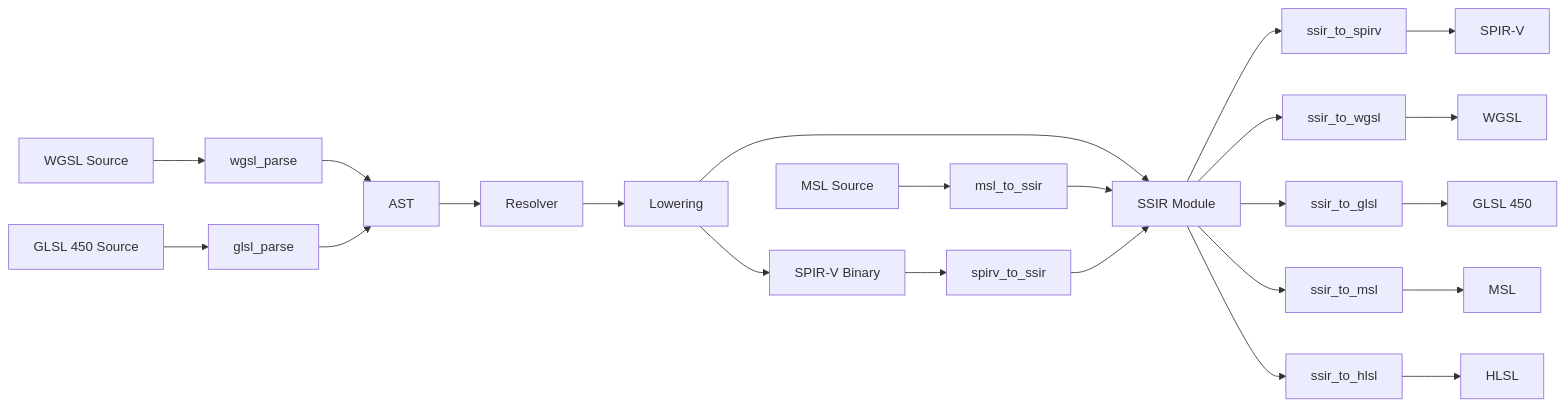
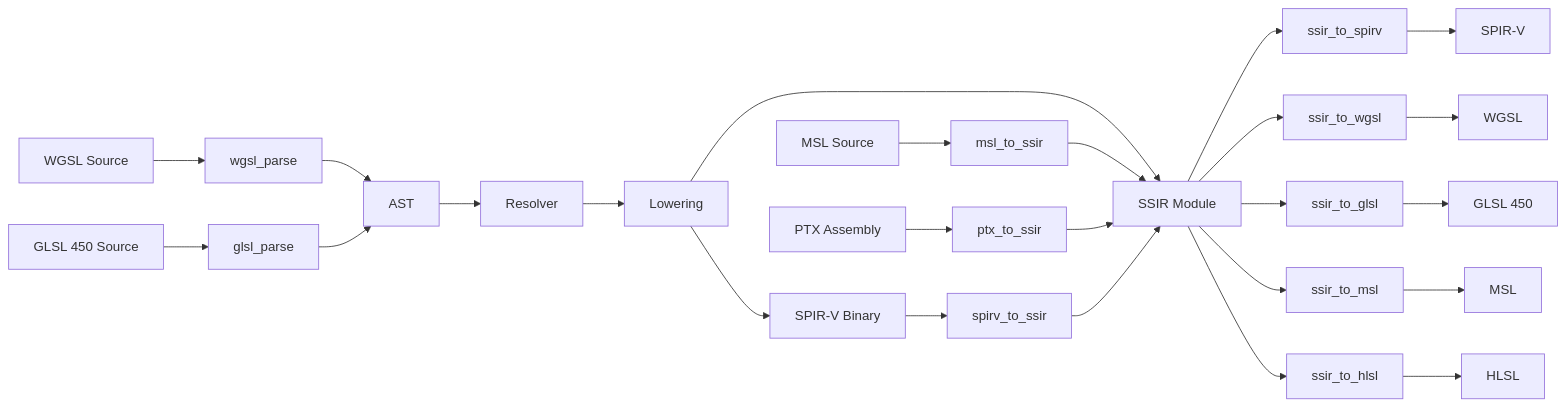
One commit to manuel5975p/simple_wgsl changed the diagram in README.md. Above: the diagram before and after it, drawn with Mermaid. The commit also changed other lines of this file and 13 other files, not shown here.

````diff
--- a/README.md
+++ b/README.md
@@ -95,25 +95,27 @@
 ```mermaid
 graph LR
     WGSL["WGSL Source"] --> P1[wgsl_parse]
     GLSL["GLSL 450 Source"] --> P2[glsl_parse]
     MSL["MSL Source"] --> P3[msl_to_ssir]
+    PTX["PTX Assembly"] --> P4[ptx_to_ssir]
     P1 --> AST[AST]
     P2 --> AST
     AST --> R[Resolver]
     R --> L[Lowering]
     L --> SSIR["SSIR Module"]
     L --> SPIRV["SPIR-V Binary"]
     SPIRV --> D[spirv_to_ssir]
     P3 --> SSIR
+    P4 --> SSIR
     D --> SSIR
     SSIR --> E1[ssir_to_spirv]
     SSIR --> E2[ssir_to_wgsl]
     SSIR --> E3[ssir_to_glsl]
     SSIR --> E4[ssir_to_msl]
     SSIR --> E5[ssir_to_hlsl]
     E1 --> SPIRV2["SPIR-V"]
     E2 --> WGSL2["WGSL"]
     E3 --> GLSL2["GLSL 450"]
     E4 --> MSL2["MSL"]
     E5 --> HLSL2["HLSL"]
 ```
````
